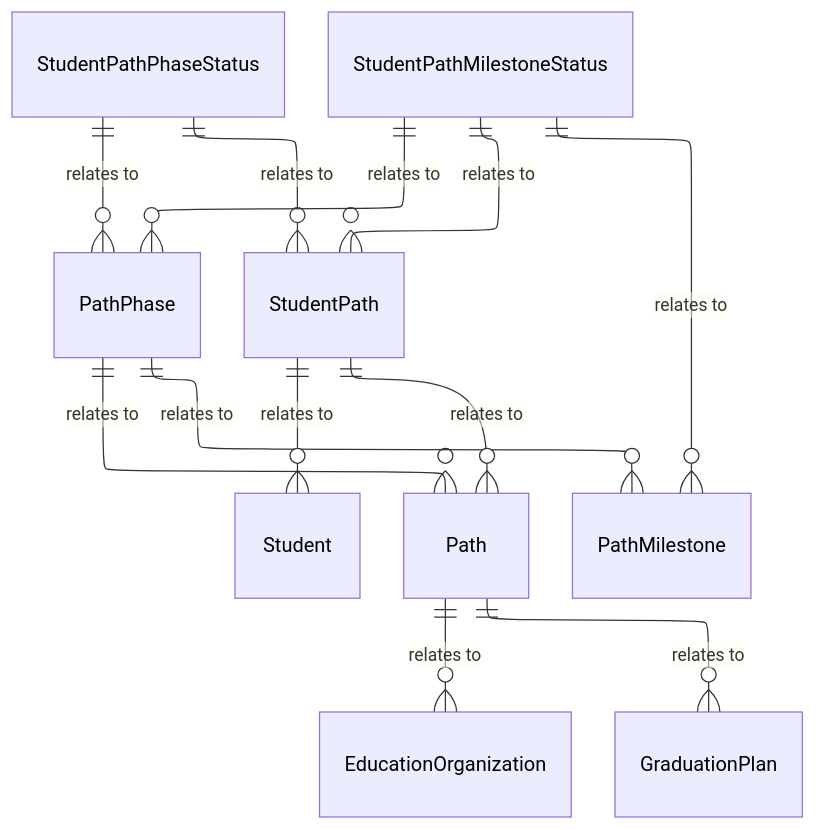
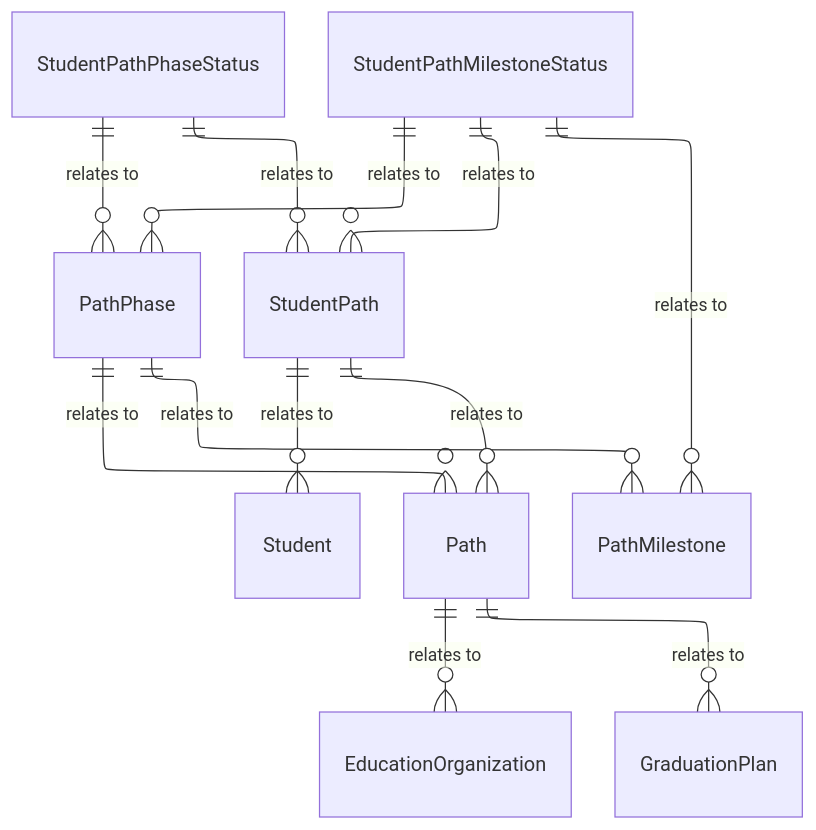
The diagram in dataStandard_versioned_docs/version-6/model-reference/path-domain/model-diagrams.md (Ed-Fi-Alliance-OSS/ed-fi-alliance-oss.github.io), drawn with Mermaid before and after one commit. The commit also changed 24 other files, not shown here.

````diff
--- a/dataStandard_versioned_docs/version-6/model-reference/path-domain/model-diagrams.md
+++ b/dataStandard_versioned_docs/version-6/model-reference/path-domain/model-diagrams.md
@@ -10,45 +10,36 @@
 ```mermaid
 ---
 config:
   layout: elk
 ---
 erDiagram
     Student {
     }
     EducationOrganization {
     }
     GraduationPlan {
     }
     Path {
     }
     PathPhase {
     }
     PathMilestone {
     }
     StudentPath {
     }
     StudentPathPhaseStatus {
     }
     StudentPathMilestoneStatus {
     }
     Path ||--o{ EducationOrganization : "relates to"
     Path ||--o{ GraduationPlan : "relates to"
     PathPhase ||--o{ Path : "relates to"
     PathPhase ||--o{ PathMilestone : "relates to"
     StudentPath ||--o{ Student : "relates to"
     StudentPath ||--o{ Path : "relates to"
     StudentPathPhaseStatus ||--o{ StudentPath : "relates to"
     StudentPathPhaseStatus ||--o{ PathPhase : "relates to"
     StudentPathMilestoneStatus ||--o{ StudentPath : "relates to"
     StudentPathMilestoneStatus ||--o{ PathPhase : "relates to"
     StudentPathMilestoneStatus ||--o{ PathMilestone : "relates to"
-    style Student color:#000000
-    style EducationOrganization color:#000000
-    style GraduationPlan color:#000000
-    style Path color:#000000
-    style PathPhase color:#000000
-    style PathMilestone color:#000000
-    style StudentPath color:#000000
-    style StudentPathPhaseStatus color:#000000
-    style StudentPathMilestoneStatus color:#000000
 ```
````
